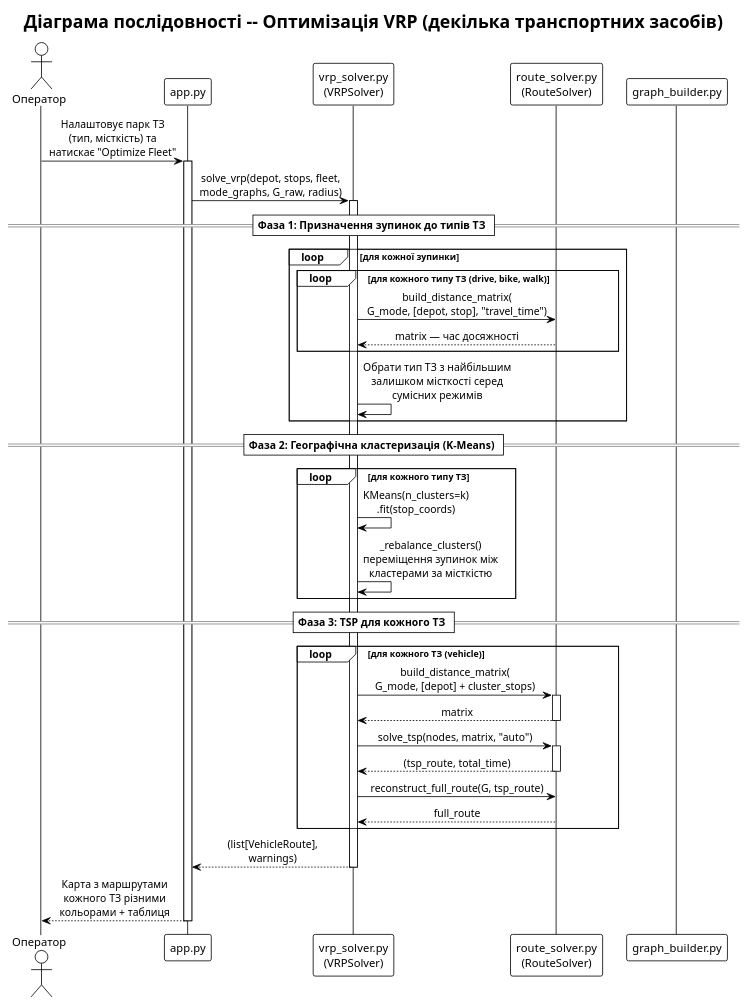
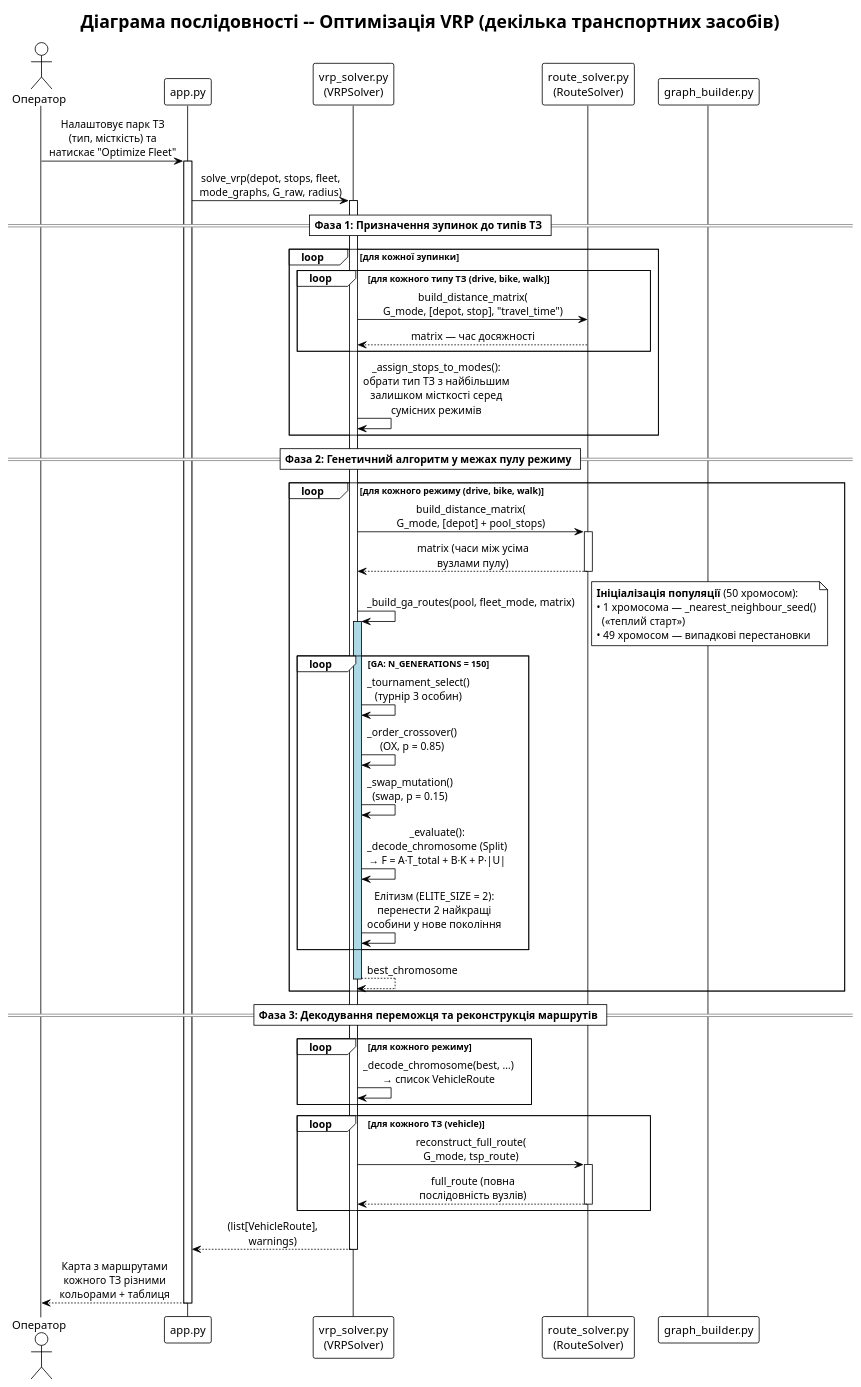
Before and after one commit to timurrte/DeliveryIQ: the diagram in ПІС_Курсова/diagrams/06_sequence_vrp.puml, drawn with PlantUML. The commit also changed 11 other files, not shown here.

```diff
--- a/ПІС_Курсова/diagrams/06_sequence_vrp.puml
+++ b/ПІС_Курсова/diagrams/06_sequence_vrp.puml
@@ -1,61 +1,82 @@
 @startuml Sequence_VRP
 !theme plain
 skinparam sequenceMessageAlign center
 
 title Діаграма послідовності -- Оптимізація VRP (декілька транспортних засобів)
 
 actor "Оператор" as User
 participant "app.py" as App
 participant "vrp_solver.py\n(VRPSolver)" as VRP
 participant "route_solver.py\n(RouteSolver)" as RS
 participant "graph_builder.py" as GB
 
 User -> App : Налаштовує парк ТЗ\n(тип, місткість) та\nнатискає "Optimize Fleet"
 
 activate App
 
 App -> VRP : solve_vrp(depot, stops, fleet,\nmode_graphs, G_raw, radius)
 activate VRP
 
 == Фаза 1: Призначення зупинок до типів ТЗ ==
 
 loop для кожної зупинки
     loop для кожного типу ТЗ (drive, bike, walk)
         VRP -> RS : build_distance_matrix(\nG_mode, [depot, stop], "travel_time")
         RS --> VRP : matrix — час досяжності
     end
-    VRP -> VRP : Обрати тип ТЗ з найбільшим\nзалишком місткості серед\nсумісних режимів
+    VRP -> VRP : _assign_stops_to_modes():\nобрати тип ТЗ з найбільшим\nзалишком місткості серед\nсумісних режимів
 end
 
-== Фаза 2: Географічна кластеризація (K-Means) ==
+== Фаза 2: Генетичний алгоритм у межах пулу режиму ==
 
-loop для кожного типу ТЗ
-    VRP -> VRP : KMeans(n_clusters=k)\n.fit(stop_coords)
-    VRP -> VRP : _rebalance_clusters()\nпереміщення зупинок між\nкластерами за місткістю
+loop для кожного режиму (drive, bike, walk)
+
+    VRP -> RS : build_distance_matrix(\nG_mode, [depot] + pool_stops)
+    activate RS
+    RS --> VRP : matrix (часи між усіма\nвузлами пулу)
+    deactivate RS
+
+    VRP -> VRP : _build_ga_routes(pool, fleet_mode, matrix)
+    activate VRP #LightBlue
+
+    note right
+      <b>Ініціалізація популяції</b> (50 хромосом):
+      • 1 хромосома — _nearest_neighbour_seed()
+        («теплий старт»)
+      • 49 хромосом — випадкові перестановки
+    end note
+
+    loop GA: N_GENERATIONS = 150
+        VRP -> VRP : _tournament_select()\n(турнір 3 особин)
+        VRP -> VRP : _order_crossover()\n(OX, p = 0.85)
+        VRP -> VRP : _swap_mutation()\n(swap, p = 0.15)
+        VRP -> VRP : _evaluate():\n_decode_chromosome (Split)\n→ F = A·T_total + B·K + P·|U|
+        VRP -> VRP : Елітизм (ELITE_SIZE = 2):\nперенести 2 найкращі\nособини у нове покоління
+    end
+
+    VRP --> VRP : best_chromosome
+    deactivate VRP
+
 end
 
-== Фаза 3: TSP для кожного ТЗ ==
+== Фаза 3: Декодування переможця та реконструкція маршрутів ==
+
+loop для кожного режиму
+    VRP -> VRP : _decode_chromosome(best, …)\n→ список VehicleRoute
+end
 
 loop для кожного ТЗ (vehicle)
-    VRP -> RS : build_distance_matrix(\nG_mode, [depot] + cluster_stops)
+    VRP -> RS : reconstruct_full_route(\nG_mode, tsp_route)
     activate RS
-    RS --> VRP : matrix
+    RS --> VRP : full_route (повна\nпослідовність вузлів)
     deactivate RS
-
-    VRP -> RS : solve_tsp(nodes, matrix, "auto")
-    activate RS
-    RS --> VRP : (tsp_route, total_time)
-    deactivate RS
-
-    VRP -> RS : reconstruct_full_route(G, tsp_route)
-    RS --> VRP : full_route
 end
 
 VRP --> App : (list[VehicleRoute],\nwarnings)
 deactivate VRP
 
 App --> User : Карта з маршрутами\nкожного ТЗ різними\nкольорами + таблиця
 
 deactivate App
 
 @enduml
```
